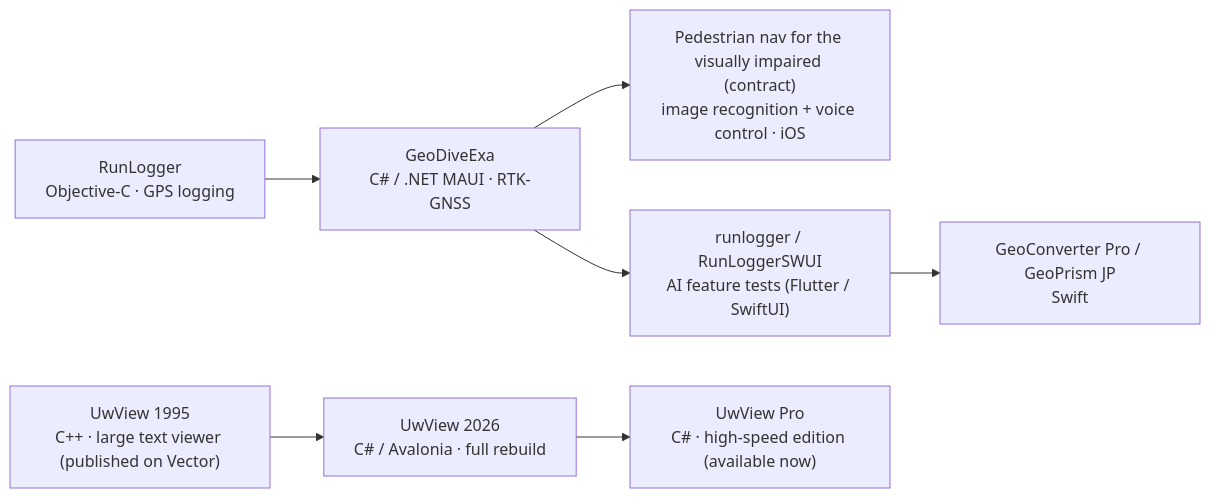
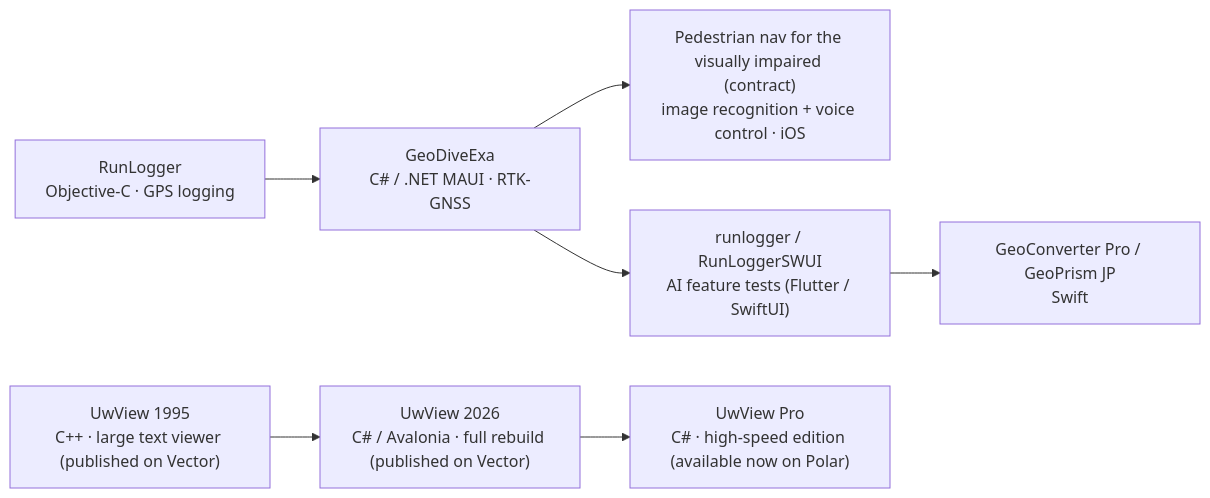
The diagram in README.en.md (amru195704/amru195704), drawn with Mermaid before and after one commit. The commit also changed other lines of this file and 1 other file, not shown here.

Commit message:
リンク切れ修正

````diff
--- a/README.en.md
+++ b/README.en.md
@@ -83,9 +83,9 @@
 ```mermaid
 flowchart LR
     RL["RunLogger<br/>Objective-C · GPS logging"] --> GDE["GeoDiveExa<br/>C# / .NET MAUI · RTK-GNSS"]
     GDE --> NAVI["Pedestrian nav for the visually impaired (contract)<br/>image recognition + voice control · iOS"]
     GDE --> TEST["runlogger / RunLoggerSWUI<br/>AI feature tests (Flutter / SwiftUI)"]
     TEST --> SWIFT["GeoConverter Pro / GeoPrism JP<br/>Swift"]
-    UW1995["UwView 1995<br/>C++ · large text viewer (published on Vector)"] --> UW2026["UwView 2026<br/>C# / Avalonia · full rebuild"]
-    UW2026 --> UWPRO["UwView Pro<br/>C# · high-speed edition (available now)"]
+    UW1995["UwView 1995<br/>C++ · large text viewer (published on Vector)"] --> UW2026["UwView 2026<br/>C# / Avalonia · full rebuild (published on Vector)"]
+    UW2026 --> UWPRO["UwView Pro<br/>C# · high-speed edition (available now on Polar)"]
 ```
````
